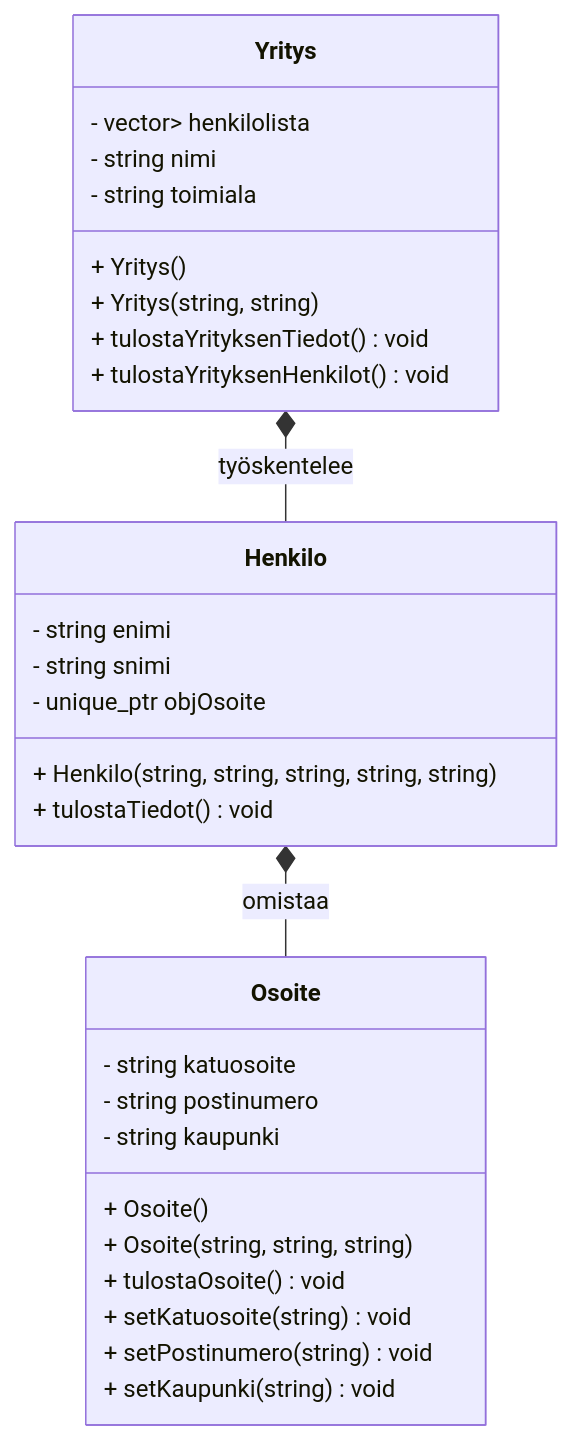
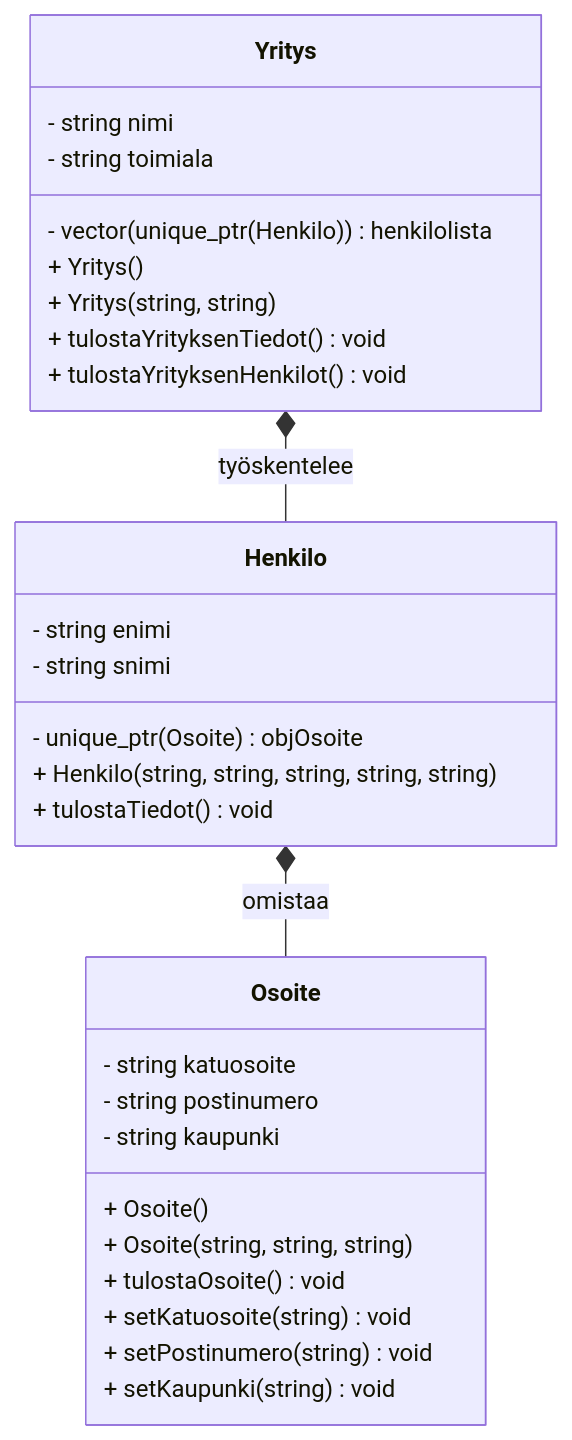
One commit to HenkkaOAMK/oliokurssin-esimerkit changed the diagram in H4T4/README.md. Above: the diagram before and after it, drawn with Mermaid.

Commit message:
H4T4 luokkakaaviota

````diff
--- a/H4T4/README.md
+++ b/H4T4/README.md
@@ -5,37 +5,37 @@
 ```mermaid
 classDiagram
 	class Osoite {
 		- string katuosoite
     	- string postinumero
     	- string kaupunki
 		+ Osoite()
 		+ Osoite(string, string, string)
 		+ tulostaOsoite() void
 		+ setKatuosoite(string) void
 		+ setPostinumero(string) void
 		+ setKaupunki(string) void
 
 	}
 	class Henkilo{
 		- string enimi
 		- string snimi
-		- unique_ptr<Osoite> objOsoite
+		- unique_ptr(Osoite) objOsoite
 	    + Henkilo(string, string, string, string, string)
     	+ tulostaTiedot() void
 
 	}
 		class Yritys{
-		- vector<unique_ptr<Henkilo>> henkilolista
+		- vector(unique_ptr(Henkilo)) henkilolista
 		- string nimi
 		- string toimiala
 	    + Yritys()
 		+ Yritys(string, string)
 		+ tulostaYrityksenTiedot() void
 		+ tulostaYrityksenHenkilot() void
         
 	}
 	Yritys *-- Henkilo :  työskentelee
 	Henkilo *-- Osoite : omistaa
 	
 	
 ```
````
